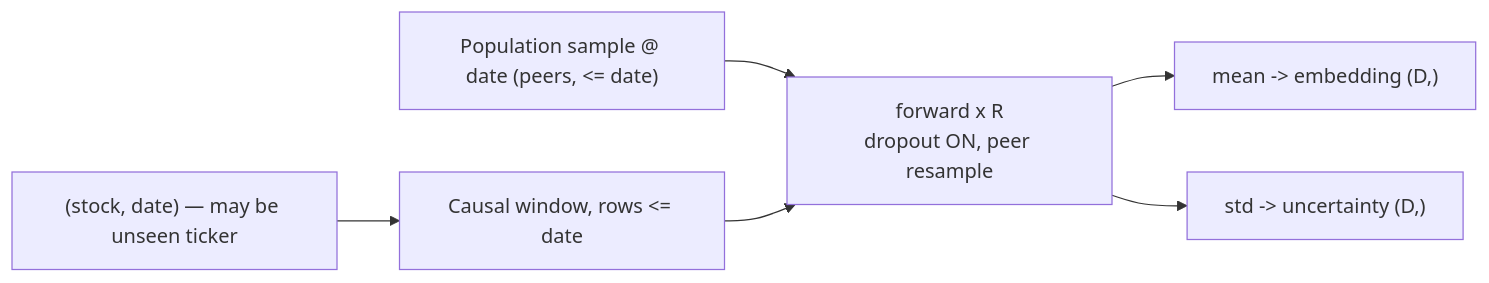
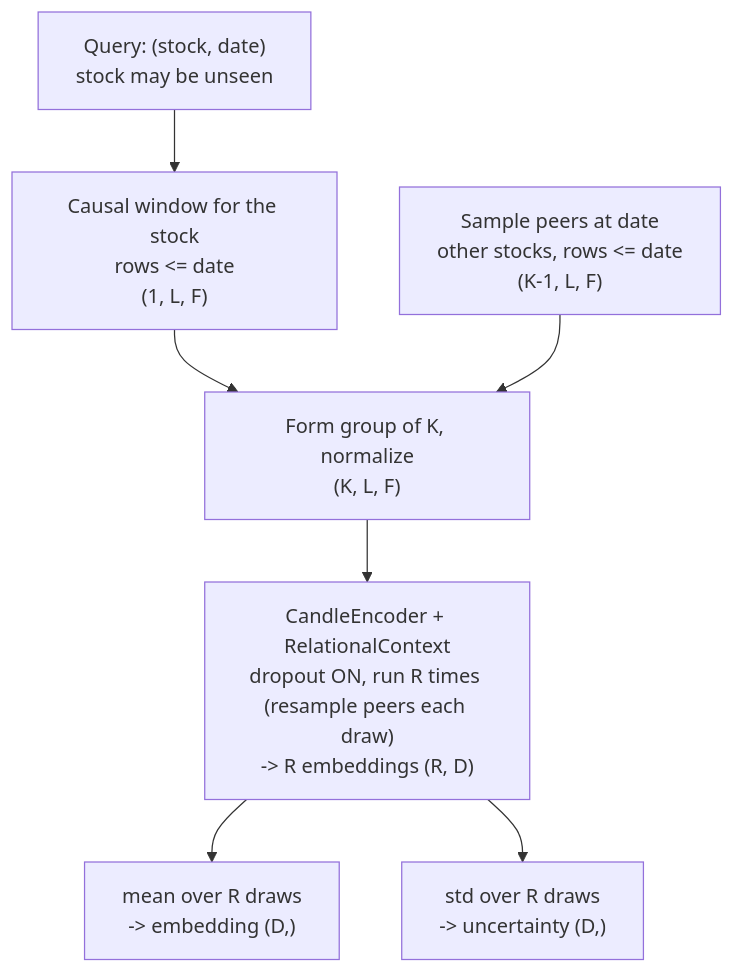
One commit to hpnyaggerman/stonks changed the second of 2 diagrams in stock_identity.md. Above: the diagram before and after it, drawn with Mermaid. The commit also changed other lines of this file, not shown here.

Commit message:
Update stock identity doc

````diff
--- a/stock_identity.md
+++ b/stock_identity.md
@@ -146,8 +128,11 @@
 ```mermaid
-flowchart LR
-    IN["(stock, date) — may be unseen ticker"] --> WIN["Causal window, rows <= date"]
-    POP["Population sample @ date (peers, <= date)"] --> FWD["forward x R<br/>dropout ON, peer resample"]
-    WIN --> FWD
-    FWD --> M["mean -> embedding (D,)"]
-    FWD --> S["std -> uncertainty (D,)"]
+flowchart TD
+    IN["Query: (stock, date)<br/>stock may be unseen"]
+    IN --> W["Causal window for the stock<br/>rows <= date<br/>(1, L, F)"]
+    PEERS["Sample peers at date<br/>other stocks, rows <= date<br/>(K-1, L, F)"]
+    W --> STK["Form group of K, normalize<br/>(K, L, F)"]
+    PEERS --> STK
+    STK --> FWD["CandleEncoder + RelationalContext<br/>dropout ON, run R times (resample peers each draw)<br/>-> R embeddings (R, D)"]
+    FWD --> MEAN["mean over R draws<br/>-> embedding (D,)"]
+    FWD --> STD["std over R draws<br/>-> uncertainty (D,)"]
 ```
````
